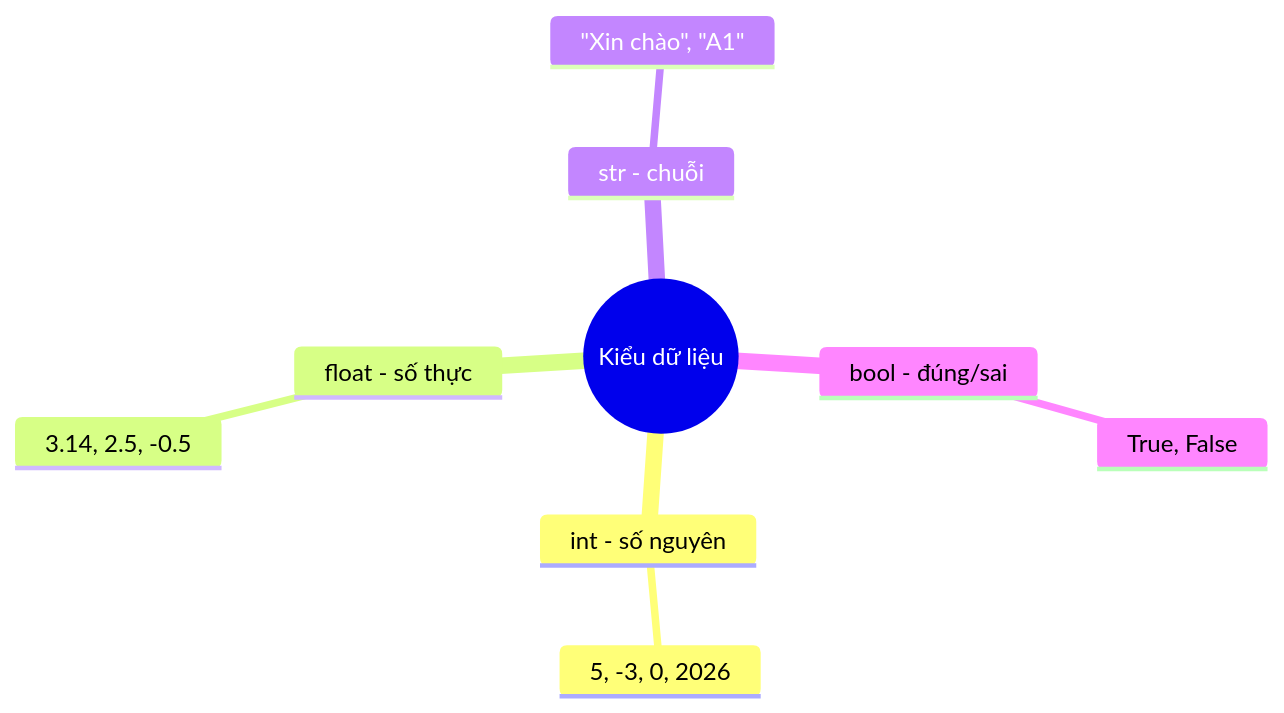
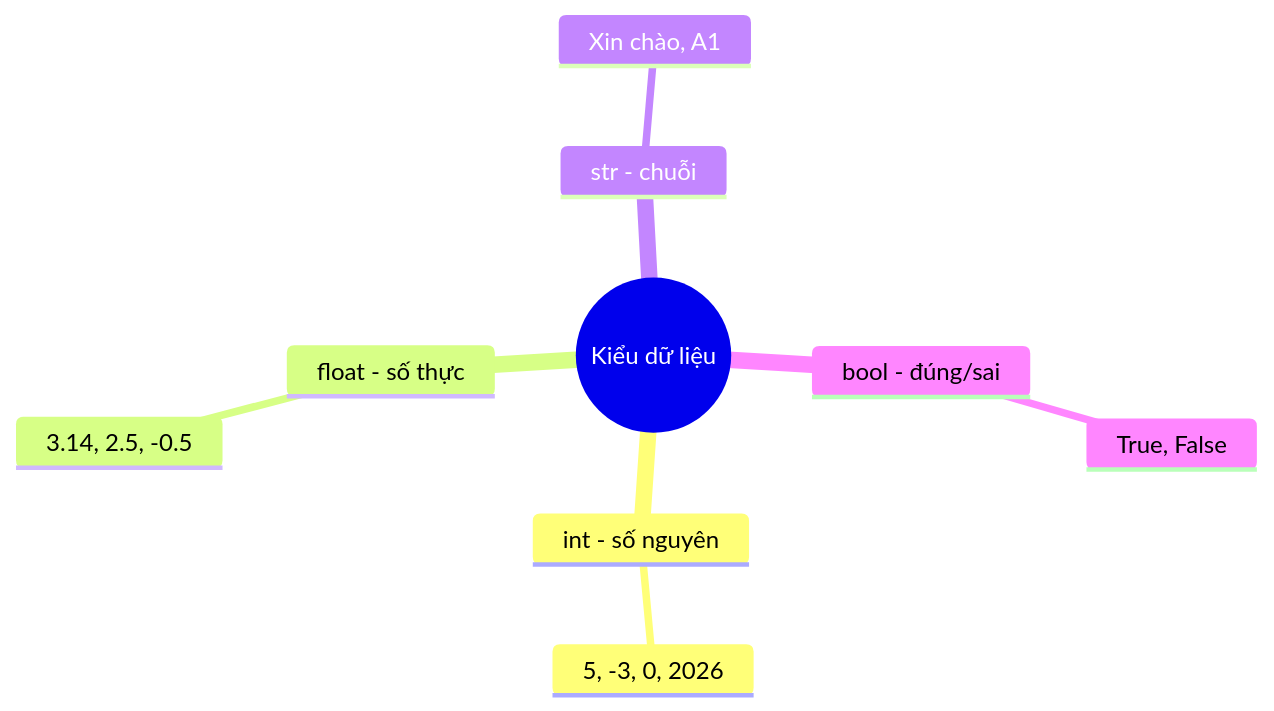
The diagram in 01-Co-Ban/05-Kieu-Du-Lieu/bai.md (DaiVietForWork-81/HyperHub-Python), drawn with Mermaid before and after one commit. The commit also changed 6 other files, not shown here.

Commit message:
fix: sanitize mermaid mindmap texts for GitHub rendering

````diff
--- a/01-Co-Ban/05-Kieu-Du-Lieu/bai.md
+++ b/01-Co-Ban/05-Kieu-Du-Lieu/bai.md
@@ -31,12 +31,12 @@
 ```mermaid
 mindmap
   root((Kiểu dữ liệu))
     int - số nguyên
       5, -3, 0, 2026
     float - số thực
       3.14, 2.5, -0.5
     str - chuỗi
-      "Xin chào", "A1"
+      Xin chào, A1
     bool - đúng/sai
       True, False
 ```
````
